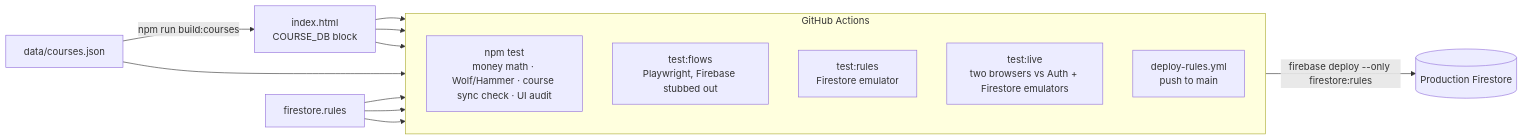
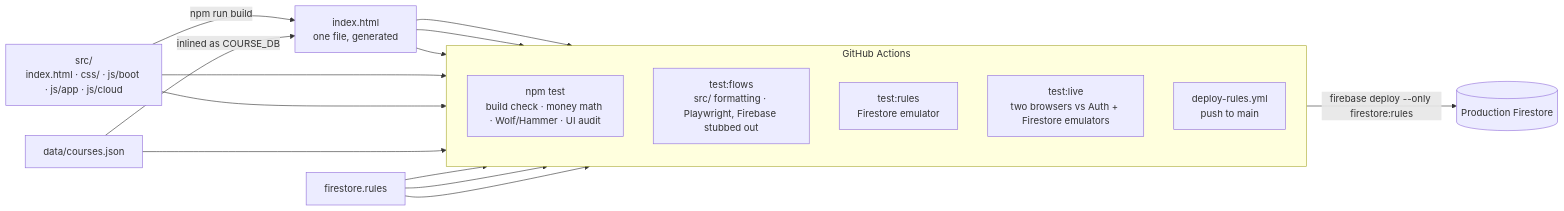
One commit to ndipasquale10/thepress changed the fourth of 4 diagrams in docs/architecture.md. Above: the diagram before and after it, drawn with Mermaid. The commit also changed other lines of this file and 40 other files, not shown here.

First line of the commit message:
Keep readable source in src/ and build index.html from it (#114)

````diff
--- a/docs/architecture.md
+++ b/docs/architecture.md
@@ -102,19 +102,21 @@
 ```mermaid
 flowchart LR
-  Data["data/courses.json"] -->|"npm run build:courses"| HTML["index.html<br/>COURSE_DB block"]
+  Src["src/<br/>index.html · css/ · js/boot · js/app · js/cloud"] -->|"npm run build"| HTML["index.html<br/>one file, generated"]
+  Data["data/courses.json"] -->|"inlined as COURSE_DB"| HTML
   Rules["firestore.rules"]
 
   subgraph CI["GitHub Actions"]
     direction TB
-    T1["npm test<br/>money math · Wolf/Hammer · course sync check · UI audit"]
-    T2["test:flows<br/>Playwright, Firebase stubbed out"]
+    T1["npm test<br/>build check · money math · Wolf/Hammer · UI audit"]
+    T2["test:flows<br/>src/ formatting · Playwright, Firebase stubbed out"]
     T3["test:rules<br/>Firestore emulator"]
     T4["test:live<br/>two browsers vs Auth + Firestore emulators"]
     Deploy["deploy-rules.yml<br/>push to main"]
   end
 
   HTML --> T1 & T2 & T4
+  Src --> T1 & T2
   Data --> T1
   Rules --> T3 & T4
   Rules --> Deploy -->|"firebase deploy --only firestore:rules"| Prod[("Production Firestore")]
 ```
````
